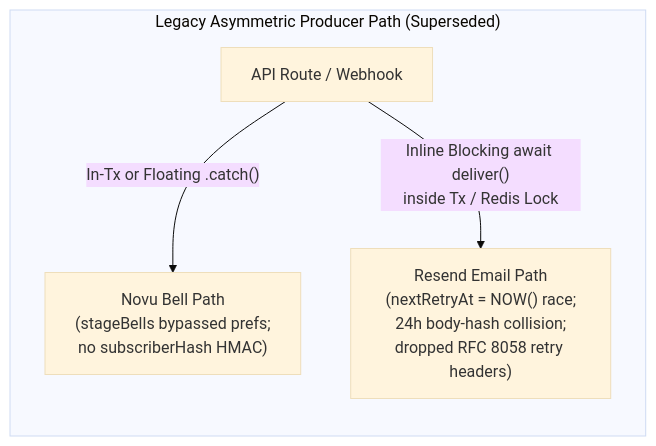
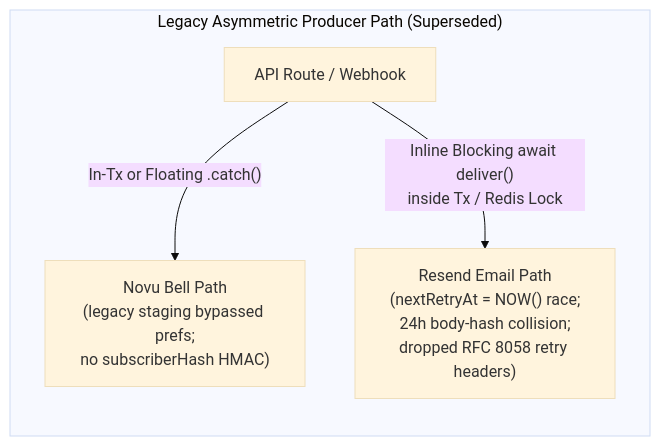
Before and after one commit to Practitionist/familiarise_web: the fifth of 5 diagrams in docs/notifications/01-architecture.md, drawn with Mermaid (base theme). The commit also changed other lines of this file and 3 other files, not shown here.

````diff
--- a/docs/notifications/01-architecture.md
+++ b/docs/notifications/01-architecture.md
@@ -342,7 +342,7 @@
 ```mermaid
 flowchart LR
     subgraph "Legacy Asymmetric Producer Path (Superseded)"
-        P["API Route / Webhook"] -->|"In-Tx or Floating .catch()"| B["Novu Bell Path<br/>(stageBells bypassed prefs;<br/>no subscriberHash HMAC)"]
+        P["API Route / Webhook"] -->|"In-Tx or Floating .catch()"| B["Novu Bell Path<br/>(legacy staging bypassed prefs;<br/>no subscriberHash HMAC)"]
         P -->|"Inline Blocking await deliver()<br/>inside Tx / Redis Lock"| E["Resend Email Path<br/>(nextRetryAt = NOW() race;<br/>24h body-hash collision;<br/>dropped RFC 8058 retry headers)"]
     end
 ```
````
